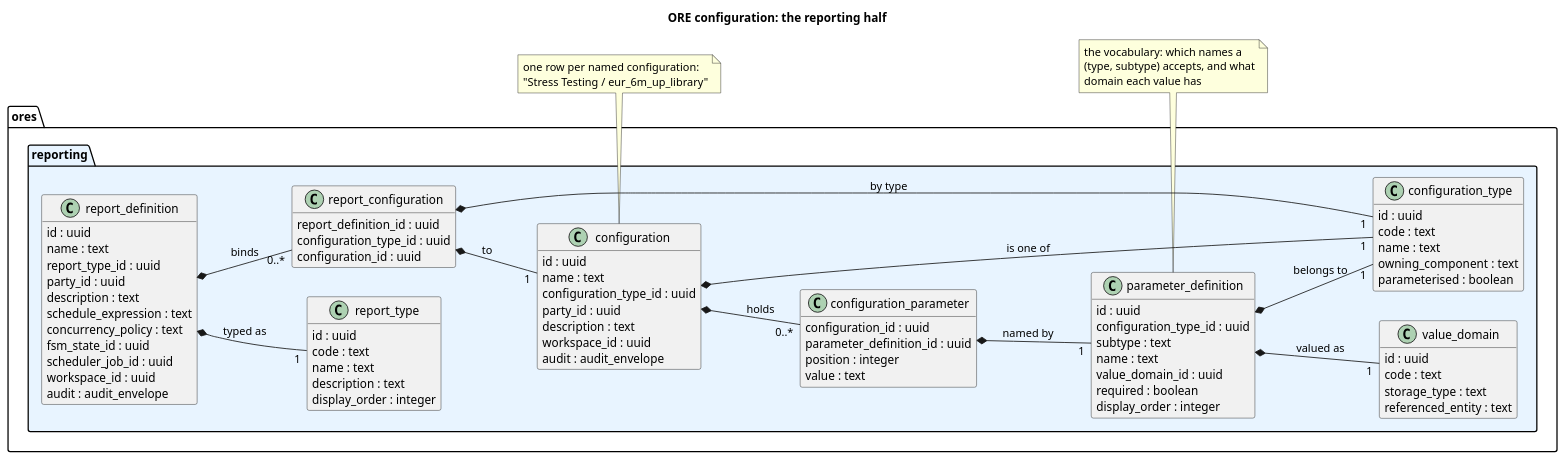
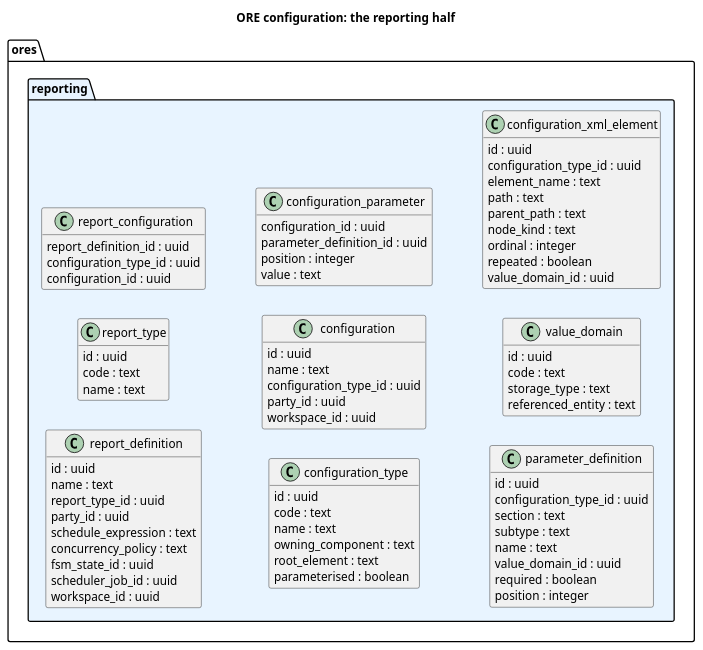
The diagram in doc/agile/versions/v0/sprint_26/ore-report-configuration/analysis/configuration_model_reporting.puml (OreStudio/OreStudio), drawn with PlantUML before and after one commit. The commit also changed 3 other files, not shown here.

First line of the commit message:
[reporting] Name the parameter's section, and drop the fake element column

```diff
--- a/doc/agile/versions/v0/sprint_26/ore-report-configuration/analysis/configuration_model_reporting.puml
+++ b/doc/agile/versions/v0/sprint_26/ore-report-configuration/analysis/configuration_model_reporting.puml
@@ -1,99 +1,79 @@
 @startuml
 title ORE configuration: the reporting half
 hide empty members
 skinparam classAttributeIconSize 0
 left to right direction
 
-
 package "ores.reporting" #E8F4FF {
-  class report_type {
-    id : uuid
-    code : text
-    name : text
-    description : text
-    display_order : integer
-  }
-
   class report_definition {
     id : uuid
     name : text
     report_type_id : uuid
     party_id : uuid
-    description : text
     schedule_expression : text
     concurrency_policy : text
     fsm_state_id : uuid
     scheduler_job_id : uuid
     workspace_id : uuid
-    audit : audit_envelope
   }
-
+  class report_type {
+    id : uuid
+    code : text
+    name : text
+  }
+  class report_configuration {
+    report_definition_id : uuid
+    configuration_type_id : uuid
+    configuration_id : uuid
+  }
   class configuration_type {
     id : uuid
     code : text
     name : text
     owning_component : text
+    root_element : text
     parameterised : boolean
   }
-
   class configuration {
     id : uuid
     name : text
     configuration_type_id : uuid
     party_id : uuid
-    description : text
     workspace_id : uuid
-    audit : audit_envelope
   }
-
-  class report_configuration {
-    report_definition_id : uuid
+  class configuration_parameter {
+    configuration_id : uuid
+    parameter_definition_id : uuid
+    position : integer
+    value : text
+  }
+  class parameter_definition {
+    id : uuid
     configuration_type_id : uuid
-    configuration_id : uuid
+    section : text
+    subtype : text
+    name : text
+    value_domain_id : uuid
+    required : boolean
+    position : integer
   }
-
   class value_domain {
     id : uuid
     code : text
     storage_type : text
     referenced_entity : text
   }
-
-  class parameter_definition {
+  class configuration_xml_element {
     id : uuid
     configuration_type_id : uuid
-    subtype : text
-    name : text
+    element_name : text
+    path : text
+    parent_path : text
+    node_kind : text
+    ordinal : integer
+    repeated : boolean
     value_domain_id : uuid
-    required : boolean
-    display_order : integer
-  }
-
-  class configuration_parameter {
-    configuration_id : uuid
-    parameter_definition_id : uuid
-    position : integer
-    value : text
   }
 }
 
-
-report_definition *-- "1" report_type : typed as
-report_definition *-- "0..*" report_configuration : binds
-report_configuration *-- "1" configuration_type : by type
-report_configuration *-- "1" configuration : to
-configuration *-- "1" configuration_type : is one of
-configuration *-- "0..*" configuration_parameter : holds
-configuration_parameter *-- "1" parameter_definition : named by
-parameter_definition *-- "1" value_domain : valued as
-parameter_definition *-- "1" configuration_type : belongs to
-note bottom of configuration
-  one row per named configuration:
-  "Stress Testing / eur_6m_up_library"
-end note
-note bottom of parameter_definition
-  the vocabulary: which names a
-  (type, subtype) accepts, and what
-  domain each value has
-end note
 @enduml
```
